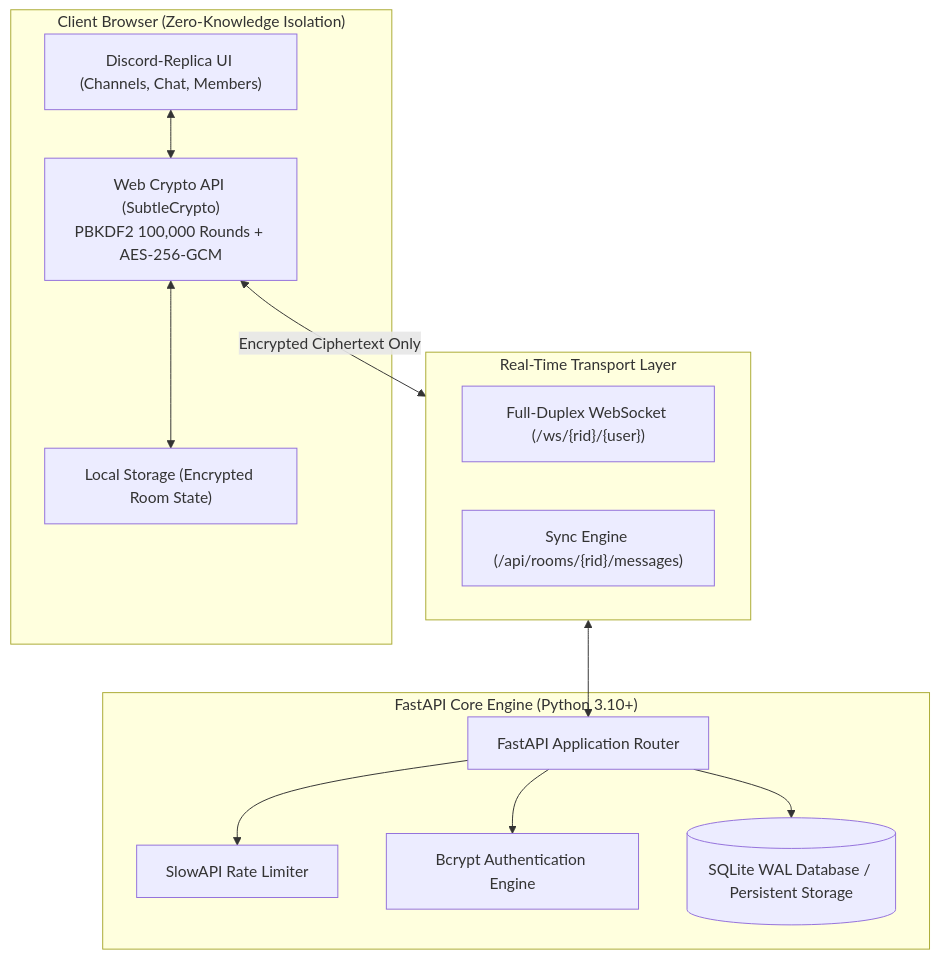
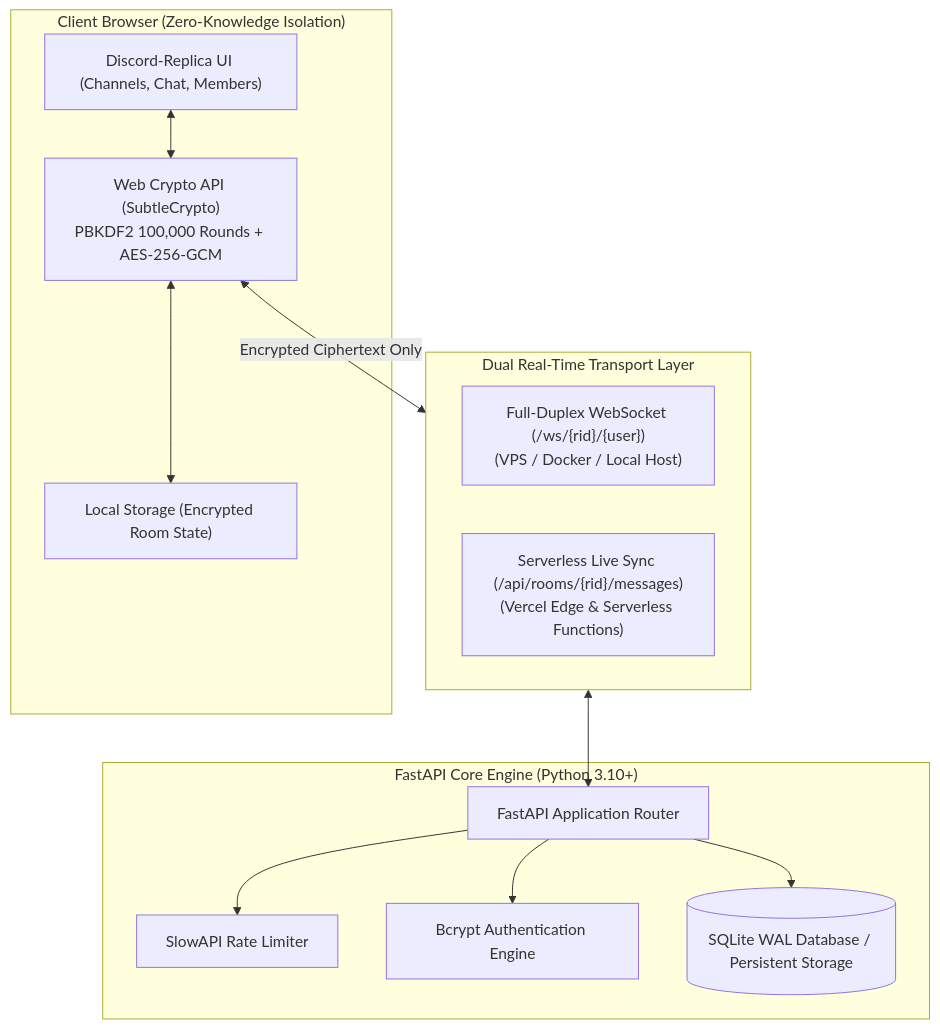
The diagram in README.md (Coderaryanyadav/SecureChat), drawn with Mermaid before and after one commit. The commit also changed other lines of this file, not shown here.

Commit message:
docs: add Vercel live demo link, deployment guide, and update topics

````diff
--- a/README.md
+++ b/README.md
@@ -75,28 +98,28 @@
 ```mermaid
 flowchart TD
     subgraph Client ["Client Browser (Zero-Knowledge Isolation)"]
         UI["Discord-Replica UI (Channels, Chat, Members)"]
         Crypto["Web Crypto API (SubtleCrypto)<br/>PBKDF2 100,000 Rounds + AES-256-GCM"]
         Storage["Local Storage (Encrypted Room State)"]
         UI <--> Crypto
         Crypto <--> Storage
     end
 
-    subgraph Transport ["Real-Time Transport Layer"]
-        WS["Full-Duplex WebSocket (/ws/{rid}/{user})"]
-        HTTP["Sync Engine (/api/rooms/{rid}/messages)"]
+    subgraph Transport ["Dual Real-Time Transport Layer"]
+        WS["Full-Duplex WebSocket (/ws/{rid}/{user})<br/>(VPS / Docker / Local Host)"]
+        HTTP["Serverless Live Sync (/api/rooms/{rid}/messages)<br/>(Vercel Edge & Serverless Functions)"]
     end
 
     subgraph Backend ["FastAPI Core Engine (Python 3.10+)"]
         Router["FastAPI Application Router"]
         Limiter["SlowAPI Rate Limiter"]
         AuthModule["Bcrypt Authentication Engine"]
         DB[("SQLite WAL Database / Persistent Storage")]
     end
 
     Crypto <-->|"Encrypted Ciphertext Only"| Transport
     Transport <--> Router
     Router --> Limiter
     Router --> AuthModule
     Router --> DB
 ```
````
